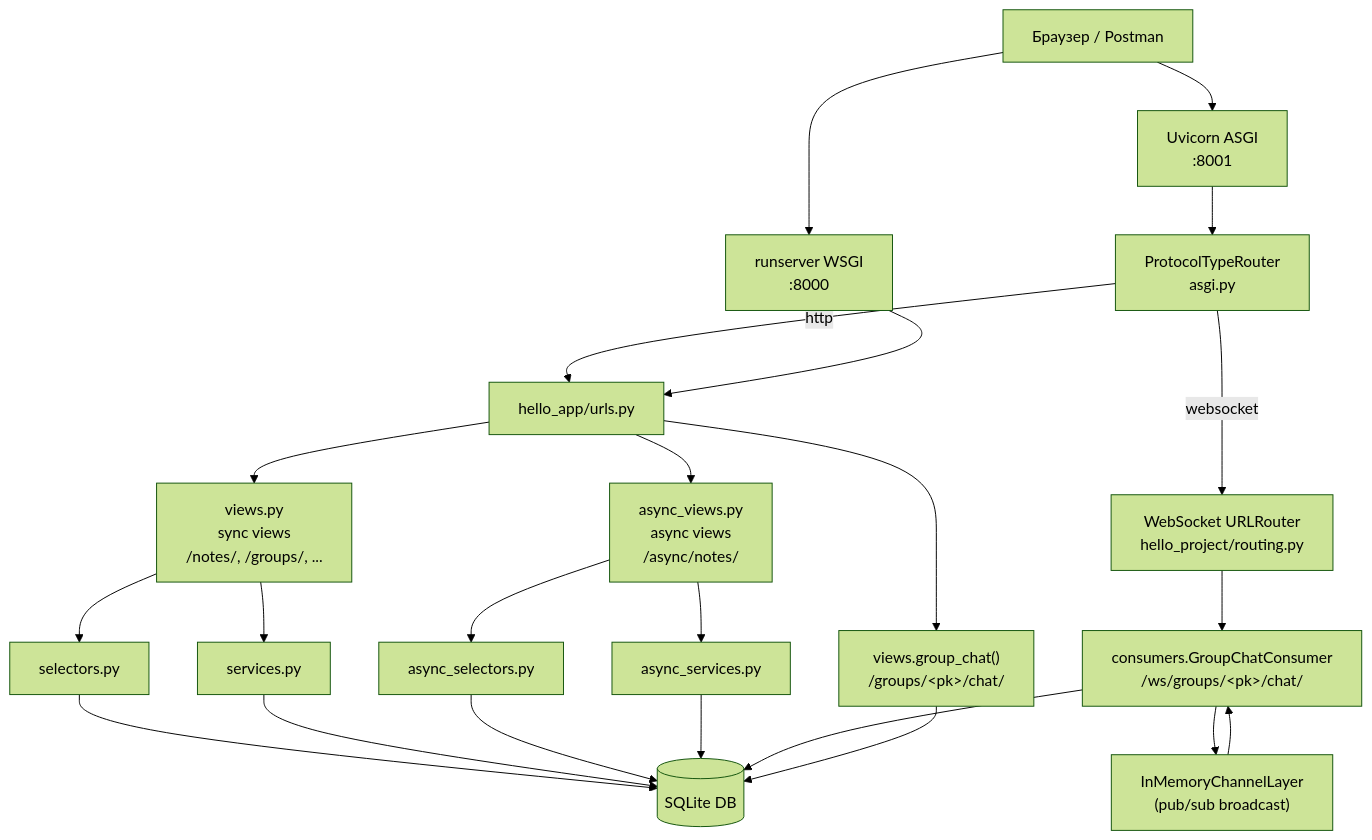
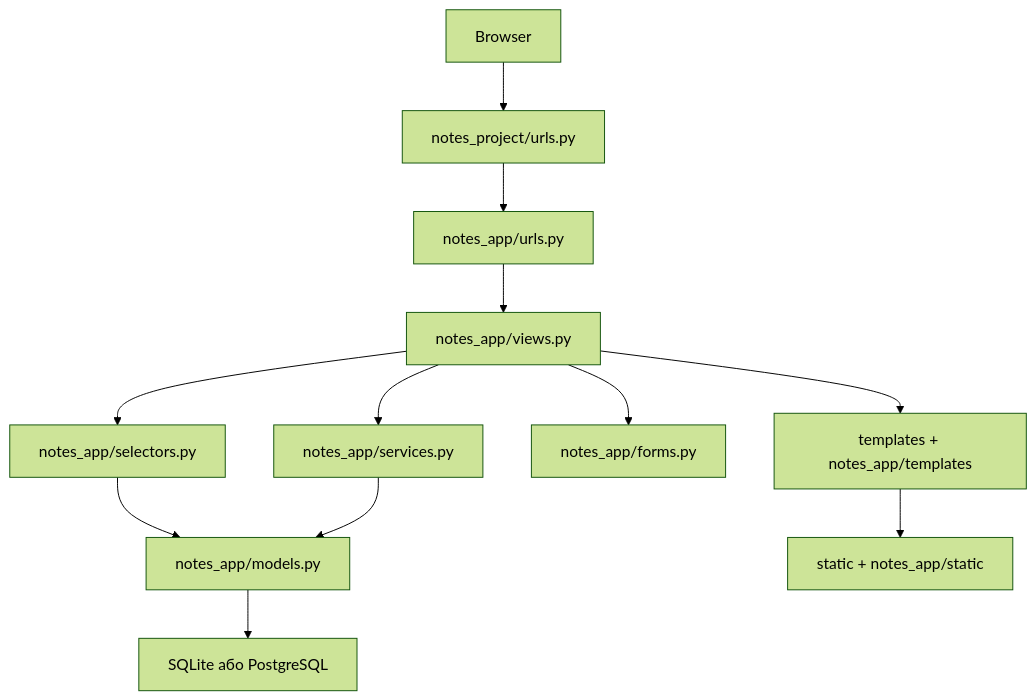
One commit to NikoriakViktot/notes_chat_app changed the first of 5 diagrams in README.md. Above: the diagram before and after it, drawn with Mermaid (forest theme). The commit also changed other lines of this file, not shown here.

````diff
--- a/README.md
+++ b/README.md
@@ -55,32 +350,14 @@
 ```mermaid
 flowchart TD
-    Browser["Браузер / Postman"] --> ASGI["Uvicorn ASGI\n:8001"]
-    Browser --> WSGI["runserver WSGI\n:8000"]
-
-    ASGI --> PTR["ProtocolTypeRouter\nasgi.py"]
-    PTR -->|"http"| URLs["hello_app/urls.py"]
-    PTR -->|"websocket"| WS["WebSocket URLRouter\nhello_project/routing.py"]
-
-    WSGI --> URLs
-
-    URLs --> SyncViews["views.py\nsync views\n/notes/, /groups/, ..."]
-    URLs --> AsyncViews["async_views.py\nasync views\n/async/notes/"]
-    URLs --> ChatView["views.group_chat()\n/groups/&lt;pk&gt;/chat/"]
-
-    WS --> Consumer["consumers.GroupChatConsumer\n/ws/groups/&lt;pk&gt;/chat/"]
-
-    SyncViews --> Selectors["selectors.py"]
-    SyncViews --> Services["services.py"]
-    AsyncViews --> AsyncSelectors["async_selectors.py"]
-    AsyncViews --> AsyncServices["async_services.py"]
-
-    Consumer --> ChannelLayer["InMemoryChannelLayer\n(pub/sub broadcast)"]
-    ChannelLayer --> Consumer
-
-    Selectors --> DB[("SQLite DB")]
-    Services --> DB
-    AsyncSelectors --> DB
-    AsyncServices --> DB
-    Consumer --> DB
-    ChatView --> DB
+    Browser["Browser"] --> Urls["notes_project/urls.py"]
+    Urls --> AppUrls["notes_app/urls.py"]
+    AppUrls --> Views["notes_app/views.py"]
+    Views --> Selectors["notes_app/selectors.py"]
+    Views --> Services["notes_app/services.py"]
+    Selectors --> Models["notes_app/models.py"]
+    Services --> Models
+    Models --> DB["SQLite або PostgreSQL"]
+    Views --> Forms["notes_app/forms.py"]
+    Views --> Templates["templates + notes_app/templates"]
+    Templates --> Static["static + notes_app/static"]
 ```
````
